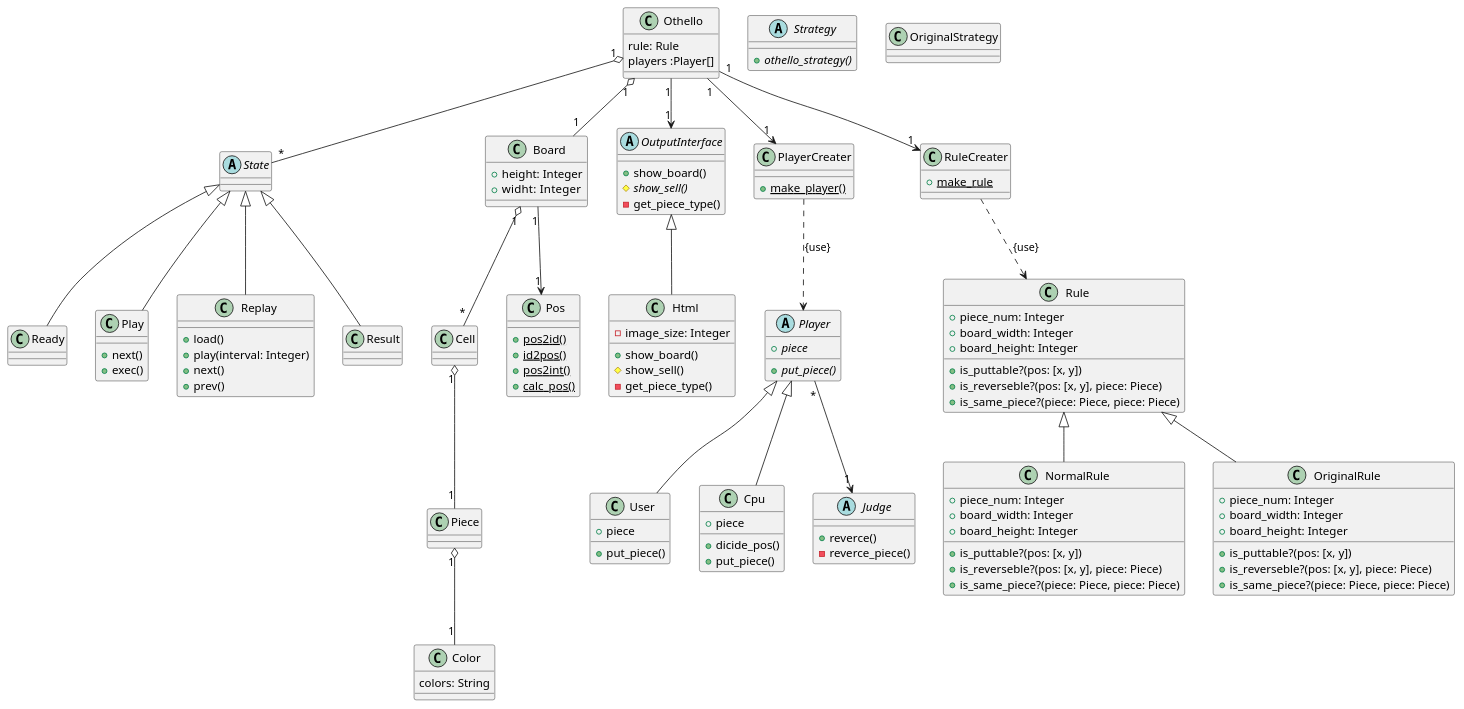
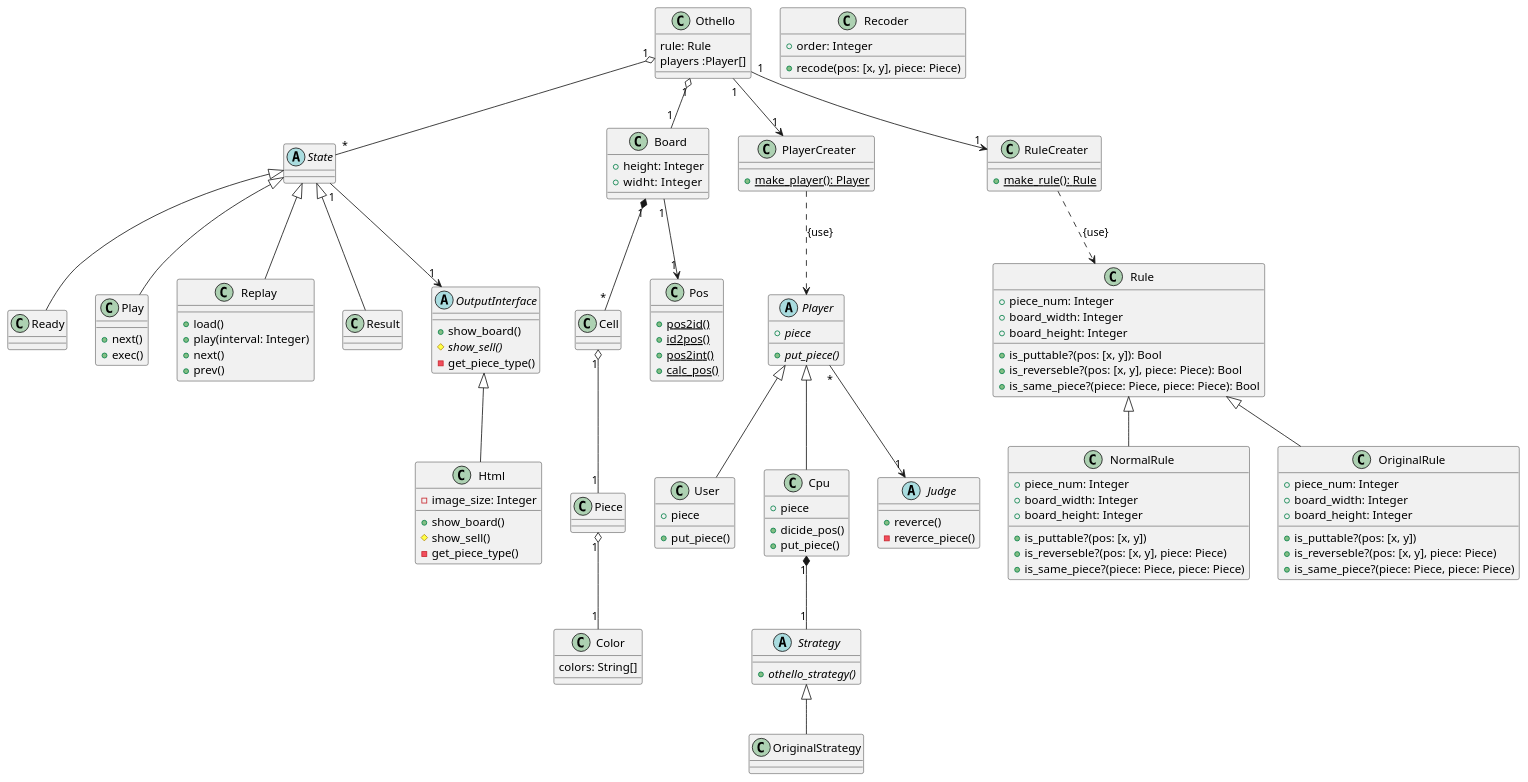
One commit to MaxMEllon/AppBox changed the diagram in uml/othello.pu. Above: the diagram before and after it, drawn with PlantUML. The commit also changed 1 other file, not shown here.

Commit message:
edit: uml

```diff
--- a/uml/othello.pu
+++ b/uml/othello.pu
@@ -1,169 +1,179 @@
 @startuml{othello.png}
 
 class Othello {
   rule: Rule
   players :Player[]
 }
 
 abstract State {
 }
 
 class Board {
   +height: Integer
   +widht:  Integer
 }
 
 class Cell {
 }
 
 class Piece {
 }
 
 class Piece {
 }
 
 class Color {
-  colors: String
+  colors: String[]
 }
 
 class Pos {
   +{static} pos2id()
   +{static} id2pos()
   +{static} pos2int()
   +{static} calc_pos()
 }
 
 class Ready {
 }
 
 class Play {
   +next()
   +exec()
 }
 
 class Replay {
   +load()
   +play(interval: Integer)
   +next()
   +prev()
 }
 
 class Result {
 }
 
+' Outputinterface {{{
 abstract OutputInterface {
   +show_board()
   #{abstract} show_sell()
   -get_piece_type()
 }
 
 class Html {
   -image_size: Integer
 
   +show_board()
   #show_sell()
   -get_piece_type()
 }
+' }}}
 
 ' Player {{{
 abstract Player {
   +{abstract} piece
   +{abstract} put_piece()
 }
 
 class User {
   +piece
   +put_piece()
 }
 
 class Cpu {
   +piece
   +dicide_pos()
   +put_piece()
 }
 
 abstract Strategy {
   +{abstract} othello_strategy()
 }
 class OriginalStrategy {
 
 }
 
 class PlayerCreater {
-  +{static} make_player()
+  +{static} make_player(): Player
 }
 ' }}}
 
 abstract Judge {
   +reverce()
   -reverce_piece()
 }
 
 ' Rule {{{
 class Rule {
   +piece_num: Integer
   +board_width: Integer
   +board_height: Integer
 
-  +is_puttable?(pos: [x, y])
-  +is_reverseble?(pos: [x, y], piece: Piece)
-  +is_same_piece?(piece: Piece, piece: Piece)
+  +is_puttable?(pos: [x, y]): Bool
+  +is_reverseble?(pos: [x, y], piece: Piece): Bool
+  +is_same_piece?(piece: Piece, piece: Piece): Bool
 }
 
 class NormalRule {
   +piece_num: Integer
   +board_width: Integer
   +board_height: Integer
 
   +is_puttable?(pos: [x, y])
   +is_reverseble?(pos: [x, y], piece: Piece)
   +is_same_piece?(piece: Piece, piece: Piece)
 }
 
 class OriginalRule {
   +piece_num: Integer
   +board_width: Integer
   +board_height: Integer
 
   +is_puttable?(pos: [x, y])
   +is_reverseble?(pos: [x, y], piece: Piece)
   +is_same_piece?(piece: Piece, piece: Piece)
 }
 
+class Recoder {
+  +order: Integer
+  +recode(pos: [x, y], piece: Piece)
+}
+
 class RuleCreater {
-  +{static} make_rule
+  +{static} make_rule(): Rule
 }
 
 ' }}}
 
 ' 関連 {{{
 Othello "1" o-- "*" State
-Othello "1" --> "1" OutputInterface
 Othello "1" o-- "1" Board
 Othello "1" --> "1" PlayerCreater
 Othello "1" --> "1" RuleCreater
 
 State <|-- Ready
 State <|-- Play
 State <|-- Replay
 State <|-- Result
 
+State "1" --> "1" OutputInterface
+
 Board "1" --> "1" Pos
-Board "1" o-- "*" Cell
+Board "1" *-- "*" Cell
 
 RuleCreater ..> Rule : {use}
 Rule <|-- NormalRule
 Rule <|-- OriginalRule
 
 PlayerCreater ..> Player : {use}
 Player <|-- User
 Player <|-- Cpu
 Player "*" --> "1" Judge
+Cpu "1" *-- "1" Strategy
+Strategy <|-- OriginalStrategy
 
 Cell  "1" o-- "1" Piece
 Piece "1" o-- "1" Color
 
 OutputInterface <|-- Html
 ' }}}
 
 @enduml
```
